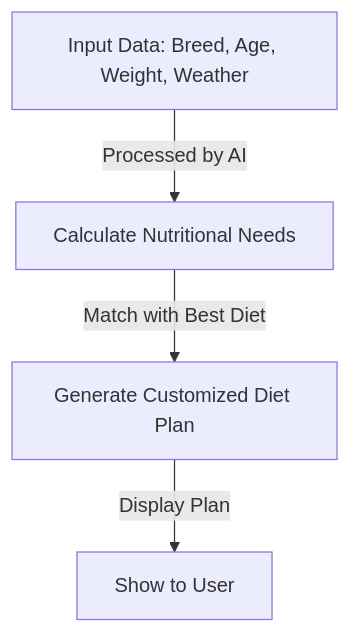
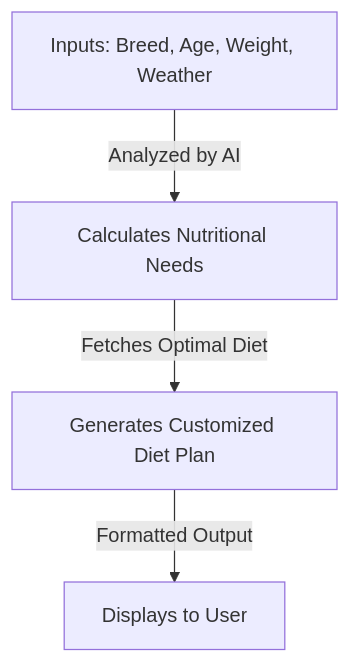
Before and after one commit to Maheshh-S/AquaBov: the fifth of 5 diagrams in README.md, drawn with Mermaid. The commit also changed other lines of this file, not shown here.

````diff
--- a/README.md
+++ b/README.md
@@ -69,6 +69,6 @@
 ```mermaid
 graph TD;
-    I[Input Data: Breed, Age, Weight, Weather] -->|Processed by AI| C[Calculate Nutritional Needs]
-    C -->|Match with Best Diet| D[Generate Customized Diet Plan]
-    D -->|Display Plan| U[Show to User]
+    I[Inputs: Breed, Age, Weight, Weather] -->|Analyzed by AI| C[Calculates Nutritional Needs]
+    C -->|Fetches Optimal Diet| D[Generates Customized Diet Plan]
+    D -->|Formatted Output| U[Displays to User]
 ```
````
